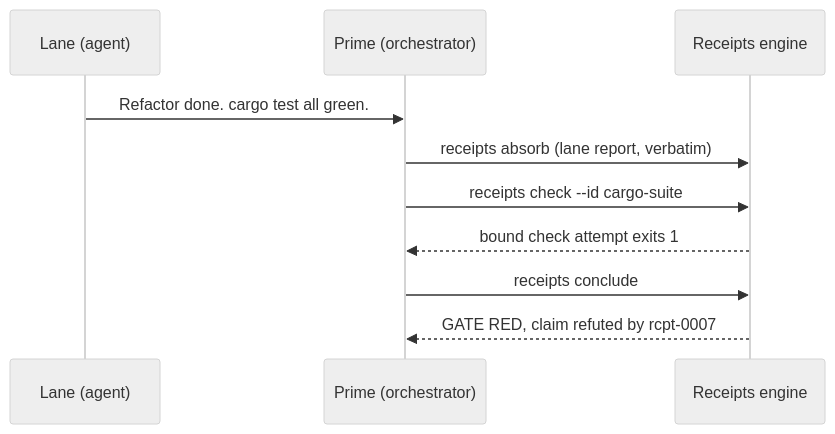
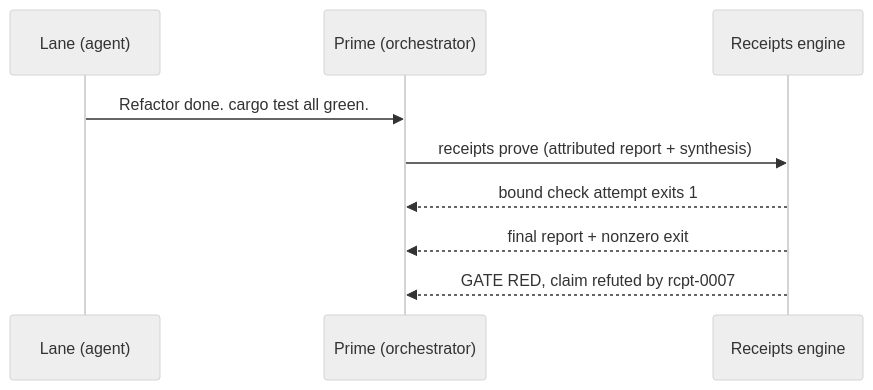
Before and after one commit to inchwormz/agent-receipts: the second of 2 diagrams in README.md, drawn with Mermaid (neutral theme). The commit also changed other lines of this file and 16 other files, not shown here.

````diff
--- a/README.md
+++ b/README.md
@@ -231,12 +232,11 @@
 ```mermaid
 sequenceDiagram
     participant Lane as Lane (agent)
     participant Prime as Prime (orchestrator)
     participant Engine as Receipts engine
     Lane->>Prime: Refactor done. cargo test all green.
-    Prime->>Engine: receipts absorb (lane report, verbatim)
-    Prime->>Engine: receipts check --id cargo-suite
+    Prime->>Engine: receipts prove (attributed report + synthesis)
     Engine-->>Prime: bound check attempt exits 1
-    Prime->>Engine: receipts conclude
+    Engine-->>Prime: final report + nonzero exit
     Engine-->>Prime: GATE RED, claim refuted by rcpt-0007
 ```
````
